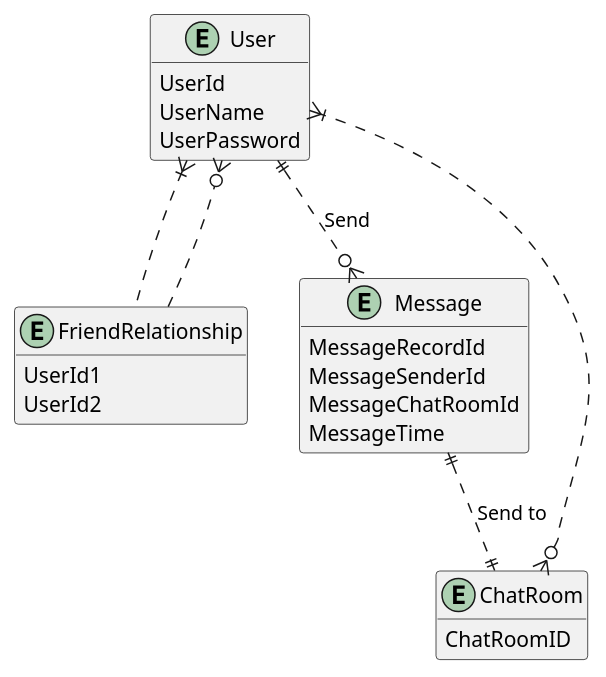
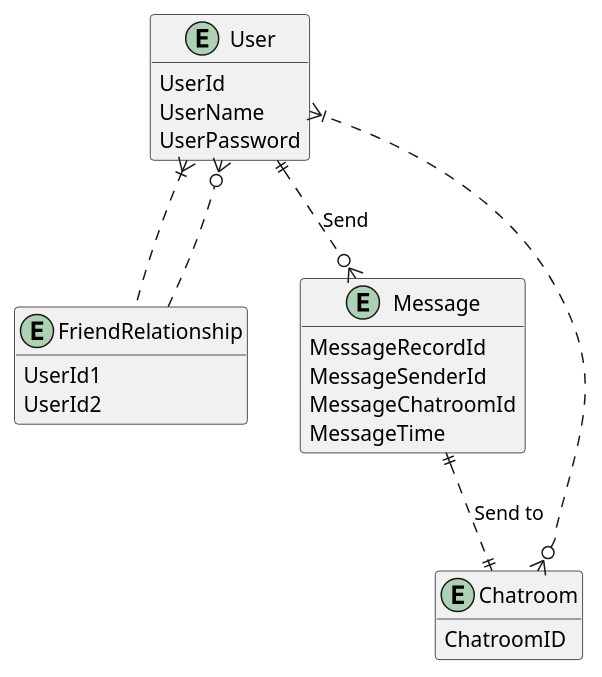
The diagram in wiki/databaseSystem.md (LviatYi/JavaCD), drawn with PlantUML before and after one commit. The commit also changed other lines of this file and 6 other files, not shown here.

````diff
--- a/wiki/databaseSystem.md
+++ b/wiki/databaseSystem.md
@@ -71,29 +71,29 @@
 ```PlantUML
 @startUML
 hide empty members
 entity User{
     UserId
     UserName
     UserPassword
 }
 entity FriendRelationship{
     UserId1
     UserId2
 }
 entity Message{
     MessageRecordId
     MessageSenderId
-    MessageChatRoomId
+    MessageChatroomId
     MessageTime
 }
-entity ChatRoom{
-    ChatRoomID
+entity Chatroom{
+    ChatroomID
 }
 
 User }|.. FriendRelationship
 FriendRelationship ..o{ User
 User ||..o{ Message : Send
-Message ||..|| ChatRoom : Send to
-ChatRoom }o..|{ User
+Message ||..|| Chatroom : Send to
+Chatroom }o..|{ User
 @endUML
 ```
````
